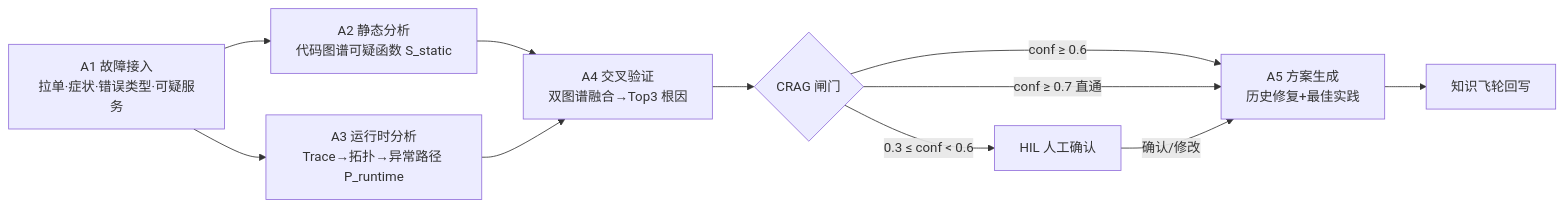
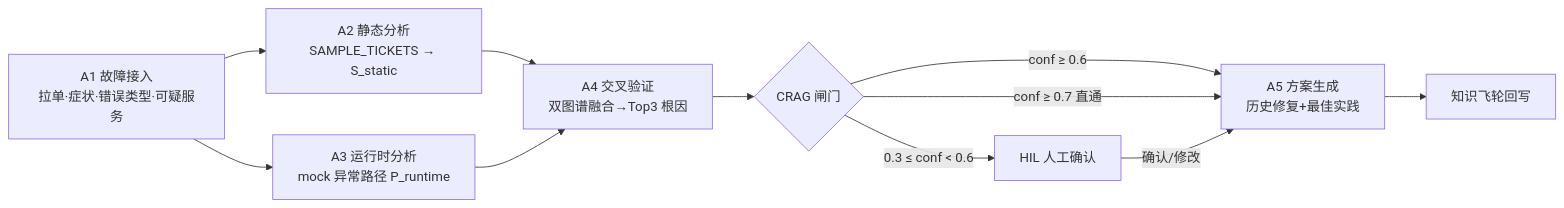
One commit to bigDataZWH/AutoBugFix changed the second of 4 diagrams in ARCHITECTURE.md. Above: the diagram before and after it, drawn with Mermaid. The commit also changed other lines of this file, not shown here.

````diff
--- a/ARCHITECTURE.md
+++ b/ARCHITECTURE.md
@@ -105,13 +103,13 @@
 ```mermaid
 flowchart LR
     A1["A1 故障接入<br/>拉单·症状·错误类型·可疑服务"] --> A2
     A1 --> A3
-    A2["A2 静态分析<br/>代码图谱可疑函数 S_static"] --> A4
-    A3["A3 运行时分析<br/>Trace→拓扑→异常路径 P_runtime"] --> A4
+    A2["A2 静态分析<br/>SAMPLE_TICKETS → S_static"] --> A4
+    A3["A3 运行时分析<br/>mock 异常路径 P_runtime"] --> A4
     A4["A4 交叉验证<br/>双图谱融合→Top3 根因"] --> G{"CRAG 闸门"}
     G -->|conf ≥ 0.6| A5["A5 方案生成<br/>历史修复+最佳实践"]
     G -->|conf ≥ 0.7 直通| A5
     G -->|0.3 ≤ conf < 0.6| HIL["HIL 人工确认"]
     HIL -->|确认/修改| A5
     A5 --> WB["知识飞轮回写"]
 ```
````
